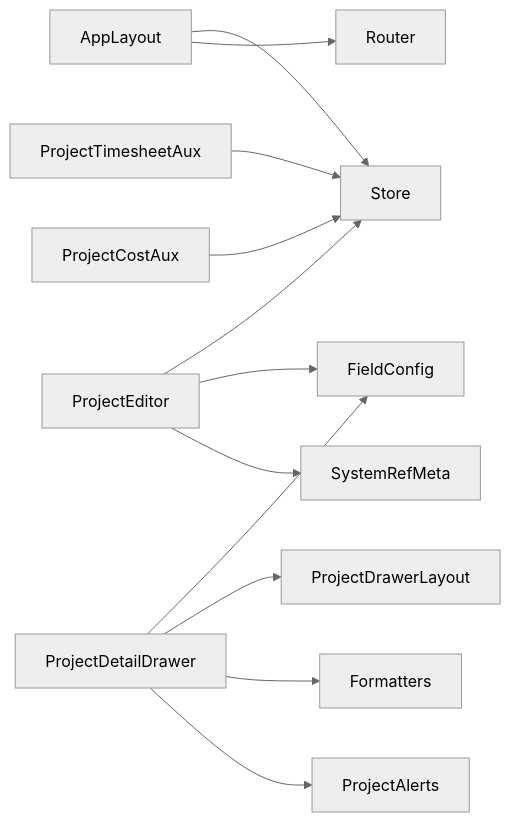
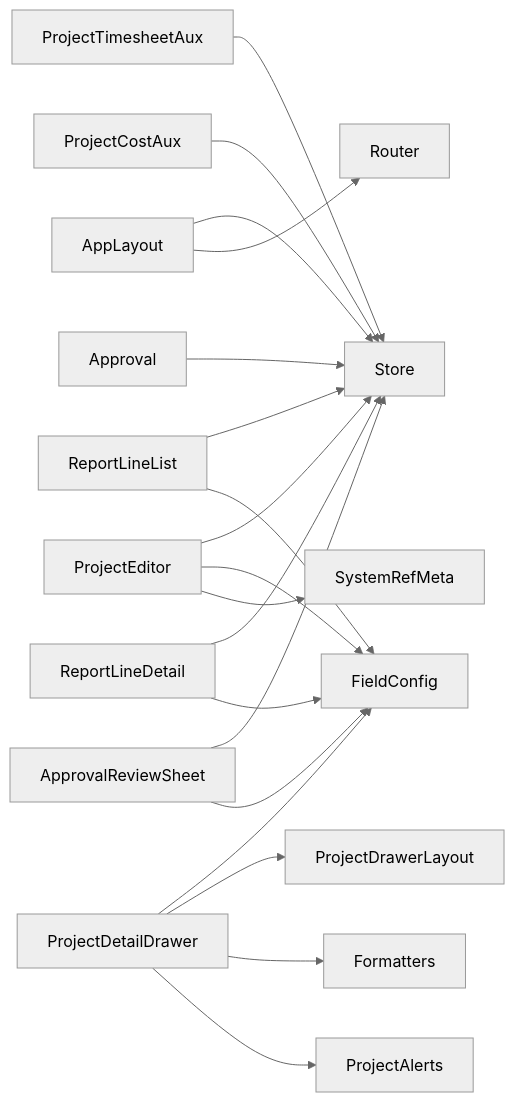
Before and after one commit to marcelxu0272/202605_project-tracking-table: diagram 11 of 11 in .qoder/repowiki/zh/content/前端架构/组件系统/组件系统.md, drawn with Mermaid (neutral theme). The commit also changed other lines of this file and 17 other files, not shown here.

````diff
--- a/.qoder/repowiki/zh/content/前端架构/组件系统/组件系统.md
+++ b/.qoder/repowiki/zh/content/前端架构/组件系统/组件系统.md
@@ -349,14 +529,21 @@
 ```mermaid
 graph LR
 AppLayout --> Store
 AppLayout --> Router
 ProjectEditor --> Store
 ProjectEditor --> FieldConfig
 ProjectEditor --> SystemRefMeta
 ProjectDetailDrawer --> FieldConfig
 ProjectDetailDrawer --> ProjectDrawerLayout
 ProjectDetailDrawer --> Formatters
 ProjectDetailDrawer --> ProjectAlerts
 ProjectTimesheetAux --> Store
 ProjectCostAux --> Store
+ReportLineList --> Store
+ReportLineDetail --> Store
+ReportLineList --> FieldConfig
+ReportLineDetail --> FieldConfig
+ApprovalReviewSheet --> Store
+Approval --> Store
+ApprovalReviewSheet --> FieldConfig
 ```
````
